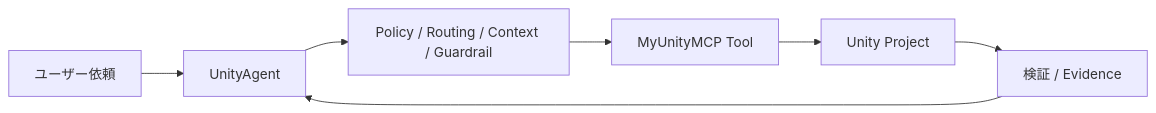
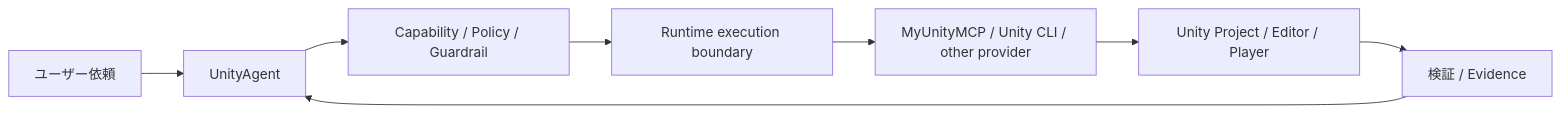
The third of 3 diagrams in README.md (DarumaPPAP/UnityAgent), drawn with Mermaid before and after one commit. The commit also changed other lines of this file, not shown here.

Commit message:
Document local project and capability-driven tool runtime usage

````diff
--- a/README.md
+++ b/README.md
@@ -352,9 +406,10 @@
 ```mermaid
 flowchart LR
     U[ユーザー依頼] --> A[UnityAgent]
-    A --> G[Policy / Routing / Context / Guardrail]
-    G --> M[MyUnityMCP Tool]
-    M --> P[Unity Project]
+    A --> C[Capability / Policy / Guardrail]
+    C --> R[Runtime execution boundary]
+    R --> M[MyUnityMCP / Unity CLI / other provider]
+    M --> P[Unity Project / Editor / Player]
     P --> V[検証 / Evidence]
     V --> A
 ```
````
